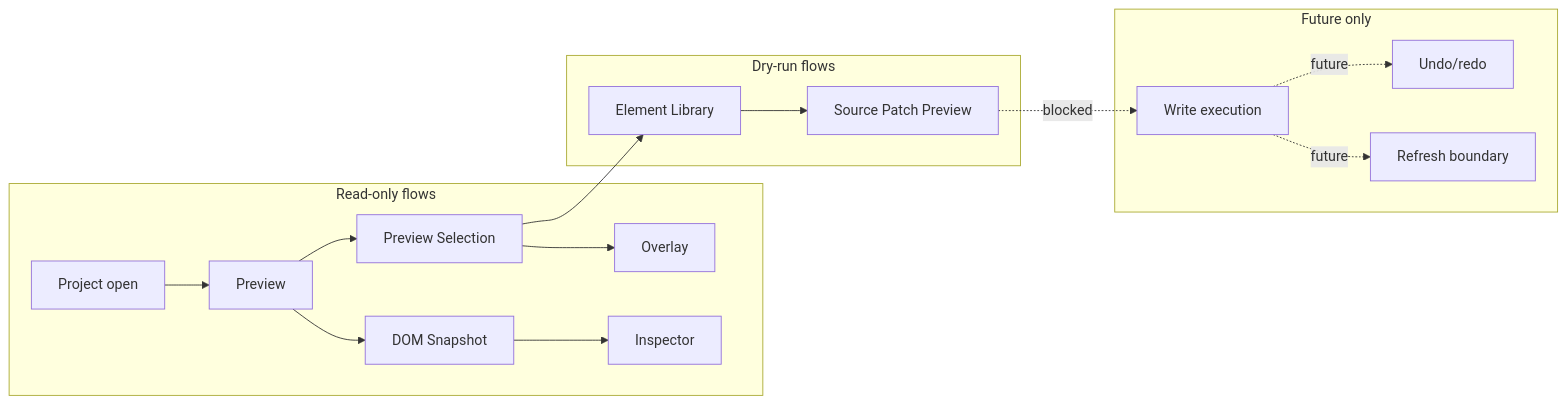
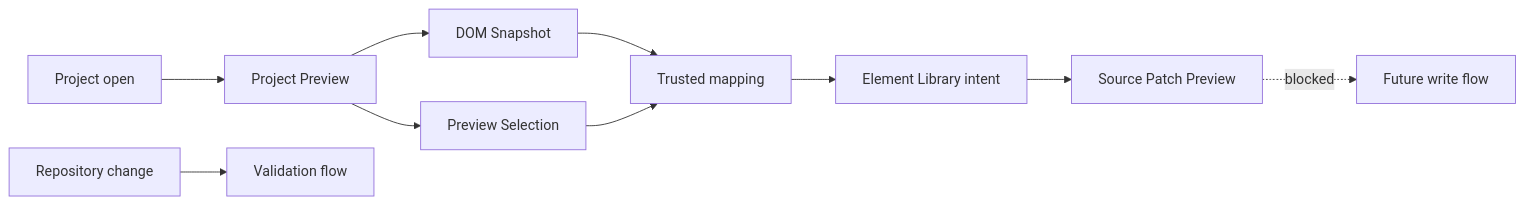
One commit to krestosa/Crystal changed the diagram in docs/architecture/flows/README.md. Above: the diagram before and after it, drawn with Mermaid. The commit also changed other lines of this file and 60 other files, not shown here.

````diff
--- a/docs/architecture/flows/README.md
+++ b/docs/architecture/flows/README.md
@@ -76,25 +13,12 @@
 ```mermaid
 flowchart LR
-  subgraph ReadOnly[Read-only flows]
-    Open[Project open] --> Preview[Preview]
-    Preview --> Snapshot[DOM Snapshot]
-    Preview --> Selection[Preview Selection]
-    Snapshot --> Inspector[Inspector]
-    Selection --> Overlay[Overlay]
-  end
-
-  subgraph DryRun[Dry-run flows]
-    Selection --> Library[Element Library]
-    Library --> Patch[Source Patch Preview]
-  end
-
-  subgraph Future[Future only]
-    Write[Write execution]
-    Refresh[Refresh boundary]
-    Undo[Undo/redo]
-  end
-
-  Patch -. blocked .-> Write
-  Write -. future .-> Refresh
-  Write -. future .-> Undo
+  Open[Project open] --> Preview[Project Preview]
+  Preview --> Snapshot[DOM Snapshot]
+  Preview --> Selection[Preview Selection]
+  Snapshot --> Mapping[Trusted mapping]
+  Selection --> Mapping
+  Mapping --> Library[Element Library intent]
+  Library --> Patch[Source Patch Preview]
+  Patch -. blocked .-> Write[Future write flow]
+  Change[Repository change] --> Validation[Validation flow]
 ```
````
